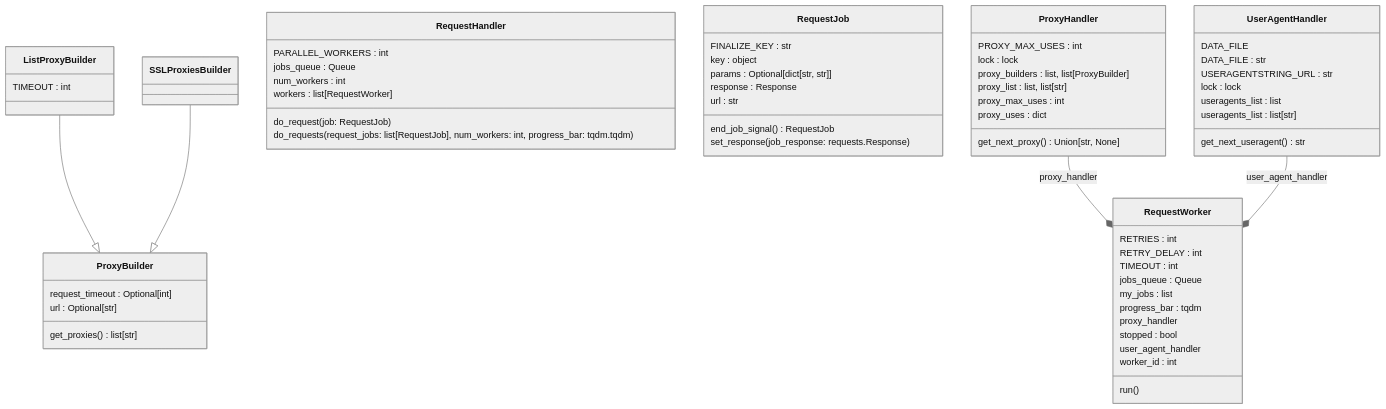
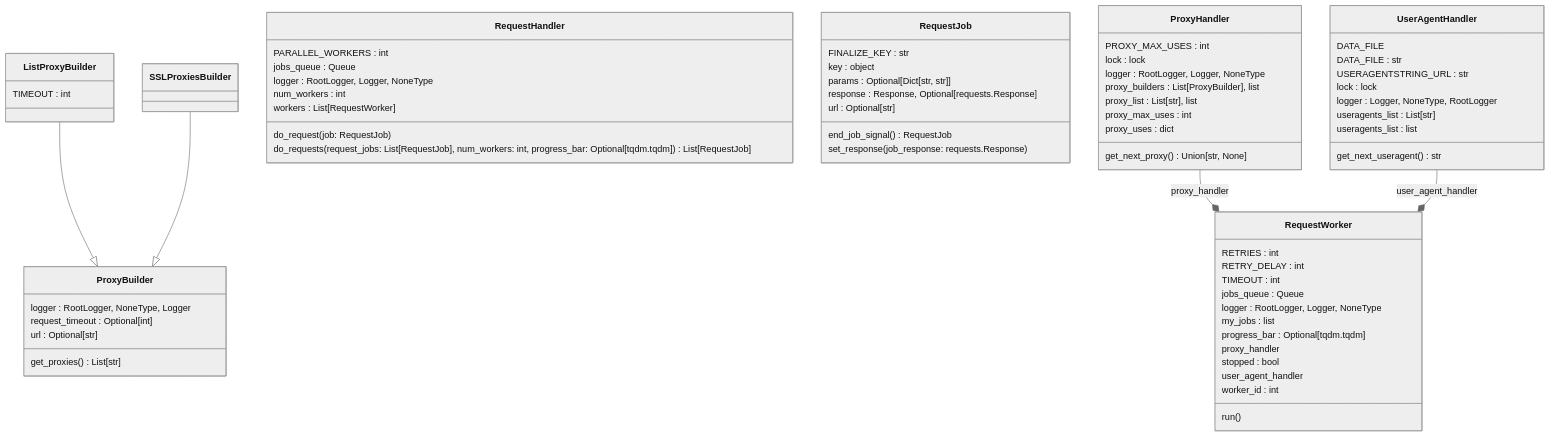
Before and after one commit to dab0012/olivia: the diagram in olivia_finder/diagrams/classes_myrequests.mmd, drawn with Mermaid (neutral theme). The commit also changed 79 other files, not shown here.

```diff
--- a/olivia_finder/diagrams/classes_myrequests.mmd
+++ b/olivia_finder/diagrams/classes_myrequests.mmd
@@ -1,63 +1,68 @@
 classDiagram
   class ListProxyBuilder {
     TIMEOUT : int
   }
   class ProxyBuilder {
+    logger : RootLogger, NoneType, Logger
     request_timeout : Optional[int]
     url : Optional[str]
-    get_proxies() list[str]
+    get_proxies() List[str]
   }
   class ProxyHandler {
     PROXY_MAX_USES : int
     lock : lock
-    proxy_builders : list, list[ProxyBuilder]
-    proxy_list : list, list[str]
+    logger : RootLogger, Logger, NoneType
+    proxy_builders : List[ProxyBuilder], list
+    proxy_list : List[str], list
     proxy_max_uses : int
     proxy_uses : dict
     get_next_proxy() Union[str, None]
   }
   class RequestHandler {
     PARALLEL_WORKERS : int
     jobs_queue : Queue
+    logger : RootLogger, Logger, NoneType
     num_workers : int
-    workers : list[RequestWorker]
+    workers : List[RequestWorker]
     do_request(job: RequestJob)
-    do_requests(request_jobs: list[RequestJob], num_workers: int, progress_bar: tqdm.tqdm)
+    do_requests(request_jobs: List[RequestJob], num_workers: int, progress_bar: Optional[tqdm.tqdm]) List[RequestJob]
   }
   class RequestJob {
     FINALIZE_KEY : str
     key : object
-    params : Optional[dict[str, str]]
-    response : Response
-    url : str
+    params : Optional[Dict[str, str]]
+    response : Response, Optional[requests.Response]
+    url : Optional[str]
     end_job_signal() RequestJob
     set_response(job_response: requests.Response)
   }
   class RequestWorker {
     RETRIES : int
     RETRY_DELAY : int
     TIMEOUT : int
     jobs_queue : Queue
+    logger : RootLogger, Logger, NoneType
     my_jobs : list
-    progress_bar : tqdm
+    progress_bar : Optional[tqdm.tqdm]
     proxy_handler
     stopped : bool
     user_agent_handler
     worker_id : int
     run()
   }
   class SSLProxiesBuilder {
   }
   class UserAgentHandler {
     DATA_FILE
     DATA_FILE : str
     USERAGENTSTRING_URL : str
     lock : lock
+    logger : Logger, NoneType, RootLogger
+    useragents_list : List[str]
     useragents_list : list
-    useragents_list : list[str]
     get_next_useragent() str
   }
   ListProxyBuilder --|> ProxyBuilder
   SSLProxiesBuilder --|> ProxyBuilder
   ProxyHandler --* RequestWorker : proxy_handler
   UserAgentHandler --* RequestWorker : user_agent_handler
```
